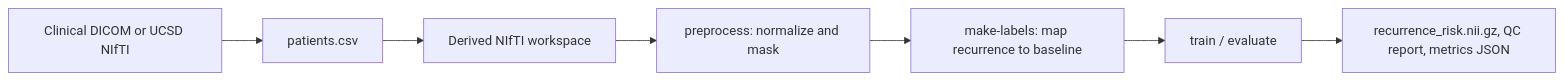
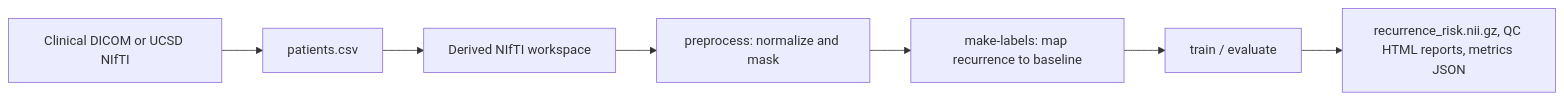
Before and after one commit to danhussey/brain-cancer-recurrence: the first of 2 diagrams in README.md, drawn with Mermaid. The commit also changed other lines of this file and 648 other files, not shown here.

````diff
--- a/README.md
+++ b/README.md
@@ -23,9 +38,9 @@
 ```mermaid
 flowchart LR
   source["Clinical DICOM or UCSD NIfTI"] --> manifest["patients.csv"]
   manifest --> derived["Derived NIfTI workspace"]
   derived --> preprocess["preprocess: normalize and mask"]
   preprocess --> labels["make-labels: map recurrence to baseline"]
   labels --> train["train / evaluate"]
-  train --> outputs["recurrence_risk.nii.gz, QC report, metrics JSON"]
+  train --> outputs["recurrence_risk.nii.gz, QC HTML reports, metrics JSON"]
 ```
````
